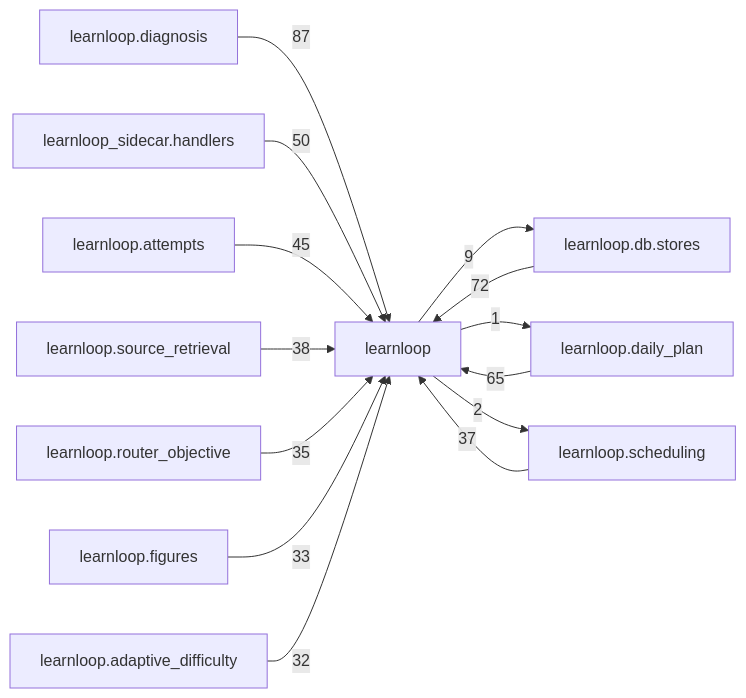
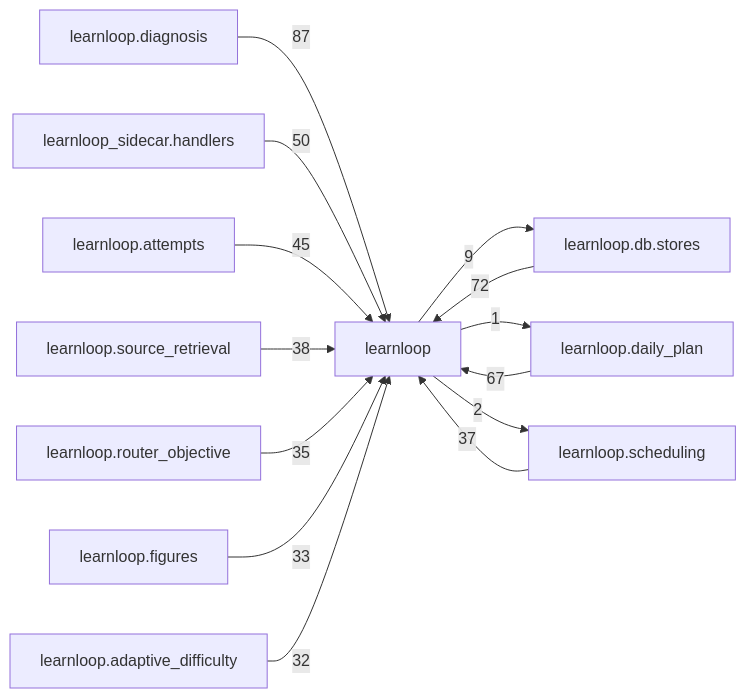
One commit to 6up-b/learnanything changed the diagram in docs/learnloop-architecture-vault/Reference/Modules/learnloop/_package.md. Above: the diagram before and after it, drawn with Mermaid. The commit also changed other lines of this file and 77 other files, not shown here.

````diff
--- a/docs/learnloop-architecture-vault/Reference/Modules/learnloop/_package.md
+++ b/docs/learnloop-architecture-vault/Reference/Modules/learnloop/_package.md
@@ -262,27 +262,27 @@
 ```mermaid
 flowchart LR
     center["learnloop"]
     n_learnloop_diagnosis["learnloop.diagnosis"]
     n_learnloop_db_stores["learnloop.db.stores"]
     n_learnloop_daily_plan["learnloop.daily_plan"]
     n_learnloop_sidecar_handlers["learnloop_sidecar.handlers"]
     n_learnloop_attempts["learnloop.attempts"]
     n_learnloop_scheduling["learnloop.scheduling"]
     n_learnloop_source_retrieval["learnloop.source_retrieval"]
     n_learnloop_router_objective["learnloop.router_objective"]
     n_learnloop_figures["learnloop.figures"]
     n_learnloop_adaptive_difficulty["learnloop.adaptive_difficulty"]
     n_learnloop_diagnosis -->|87| center
     n_learnloop_db_stores -->|72| center
     center -->|9| n_learnloop_db_stores
-    n_learnloop_daily_plan -->|65| center
+    n_learnloop_daily_plan -->|67| center
     center -->|1| n_learnloop_daily_plan
     n_learnloop_sidecar_handlers -->|50| center
     n_learnloop_attempts -->|45| center
     n_learnloop_scheduling -->|37| center
     center -->|2| n_learnloop_scheduling
     n_learnloop_source_retrieval -->|38| center
     n_learnloop_router_objective -->|35| center
     n_learnloop_figures -->|33| center
     n_learnloop_adaptive_difficulty -->|32| center
 ```
````
